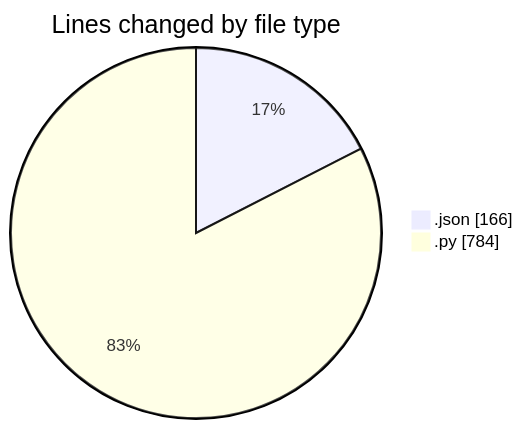
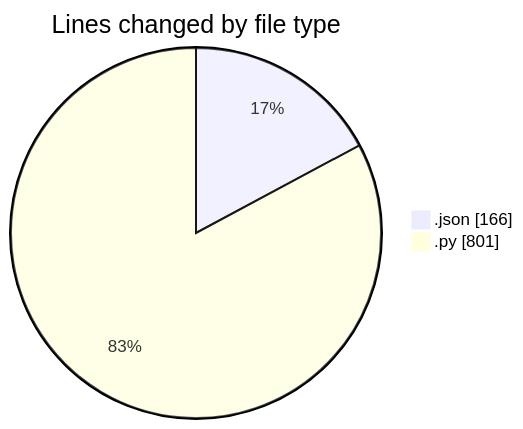
Before and after one commit to MatusMokan/code-tracking: the first of 2 diagrams in 2025-11-14/untitled__workspace_/README.md, drawn with Mermaid. The commit also changed other lines of this file and 1 other file, not shown here.

````diff
--- a/2025-11-14/untitled__workspace_/README.md
+++ b/2025-11-14/untitled__workspace_/README.md
@@ -23,6 +23,6 @@
 ```mermaid
 pie showData
 title Lines changed by file type
 ".json" : 166
-".py" : 784
+".py" : 801
 ```
````
